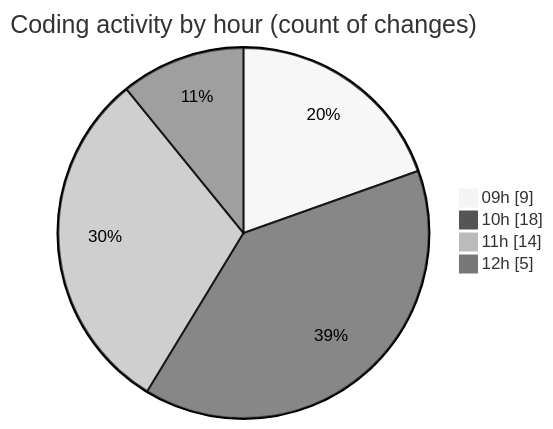
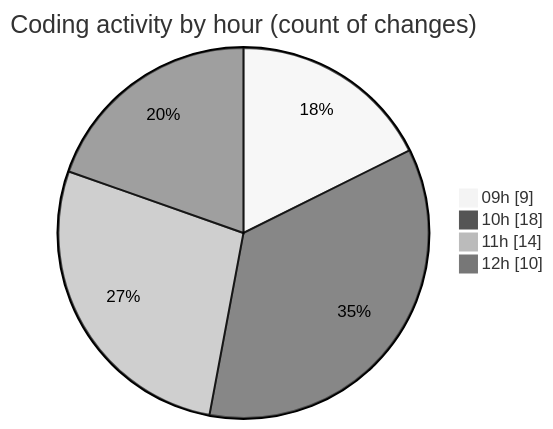
Before and after one commit to momahboobian/code-tracking: the second of 2 diagrams in 2025-03-24/cda/README.md, drawn with Mermaid (neutral theme). The commit also changed other lines of this file and 1 other file, not shown here.

````diff
--- a/2025-03-24/cda/README.md
+++ b/2025-03-24/cda/README.md
@@ -42,8 +42,8 @@
 ```mermaid
 pie showData
 title Coding activity by hour (count of changes)
 "09h" : 9
 "10h" : 18
 "11h" : 14
-"12h" : 5
+"12h" : 10
 ```
````
